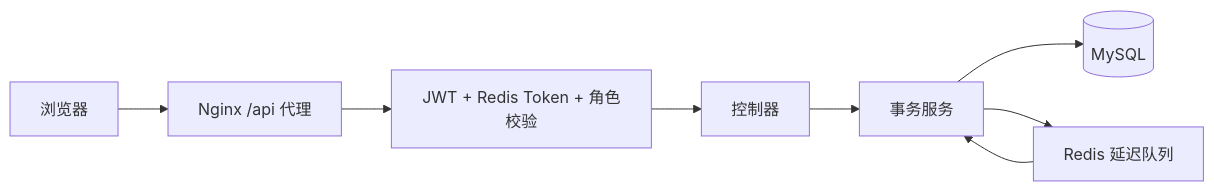
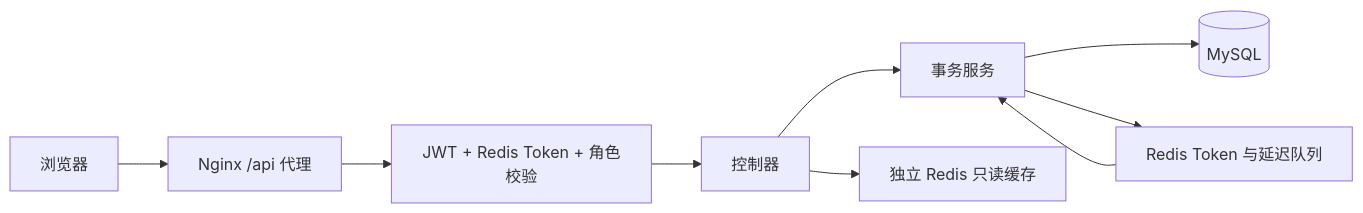
Before and after one commit to Sunflower-212/parking: the diagram in docs/reading-guide.md, drawn with Mermaid. The commit also changed other lines of this file and 120 other files, not shown here.

````diff
--- a/docs/reading-guide.md
+++ b/docs/reading-guide.md
@@ -28,10 +28,11 @@
 ```mermaid
 flowchart LR
   Browser[浏览器] --> Nginx[Nginx /api 代理]
   Nginx --> Auth[JWT + Redis Token + 角色校验]
   Auth --> Controller[控制器]
   Controller --> Service[事务服务]
   Service --> MySQL[(MySQL)]
-  Service --> Queue[Redis 延迟队列]
+  Controller --> Cache[独立 Redis 只读缓存]
+  Service --> Queue[Redis Token 与延迟队列]
   Queue --> Service
 ```
````
